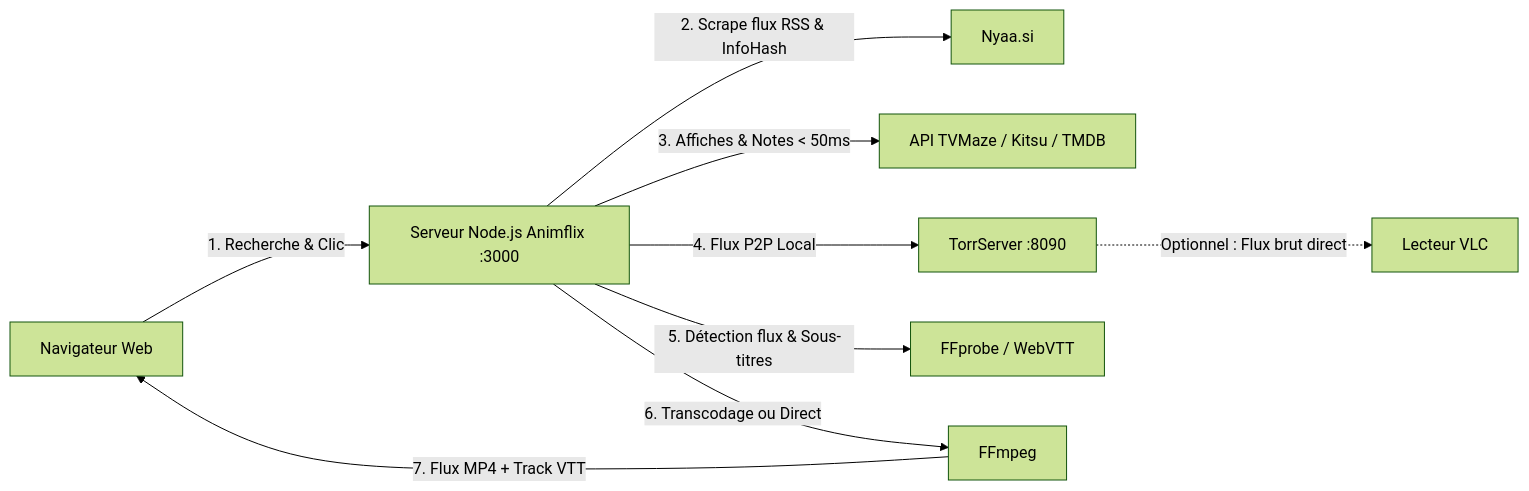
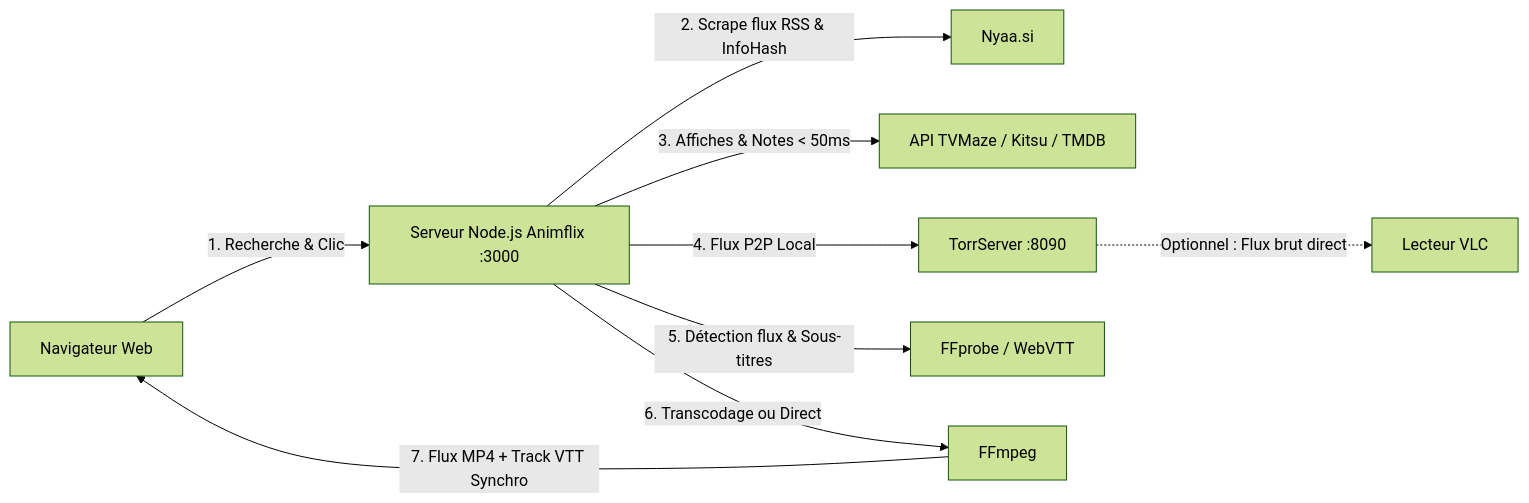
The diagram in README.md (KaitaoSup/animflix), drawn with Mermaid (forest theme) before and after one commit. The commit also changed other lines of this file and 10 other files, not shown here.

Commit message:
Aniflix v0.4.3 Add : new architecture of the app Fix : skip OP button now and fast forward is now compatible with subtitles ( the subtitles now wont be dumb )

````diff
--- a/README.md
+++ b/README.md
@@ -45,11 +62,11 @@
 ```mermaid
 flowchart LR
     A[Navigateur Web] -->|1. Recherche & Clic| B[Serveur Node.js Animflix :3000]
     B -->|2. Scrape flux RSS & InfoHash| C[Nyaa.si]
     B -->|3. Affiches & Notes < 50ms| D[API TVMaze / Kitsu / TMDB]
     B -->|4. Flux P2P Local| E[TorrServer :8090]
     B -->|5. Détection flux & Sous-titres| F[FFprobe / WebVTT]
     B -->|6. Transcodage ou Direct| G[FFmpeg]
-    G -->|7. Flux MP4 + Track VTT| A
+    G -->|7. Flux MP4 + Track VTT Synchro| A
     E -.->|Optionnel : Flux brut direct| H[Lecteur VLC]
 ```
````
